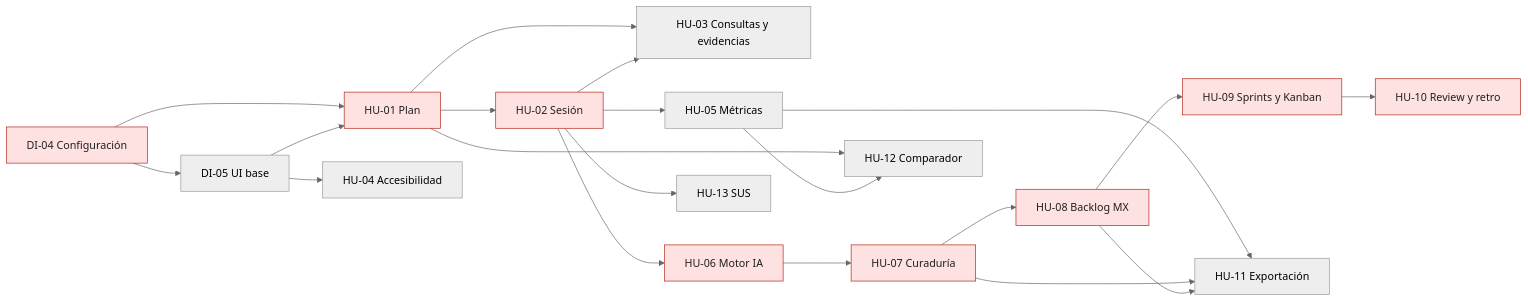
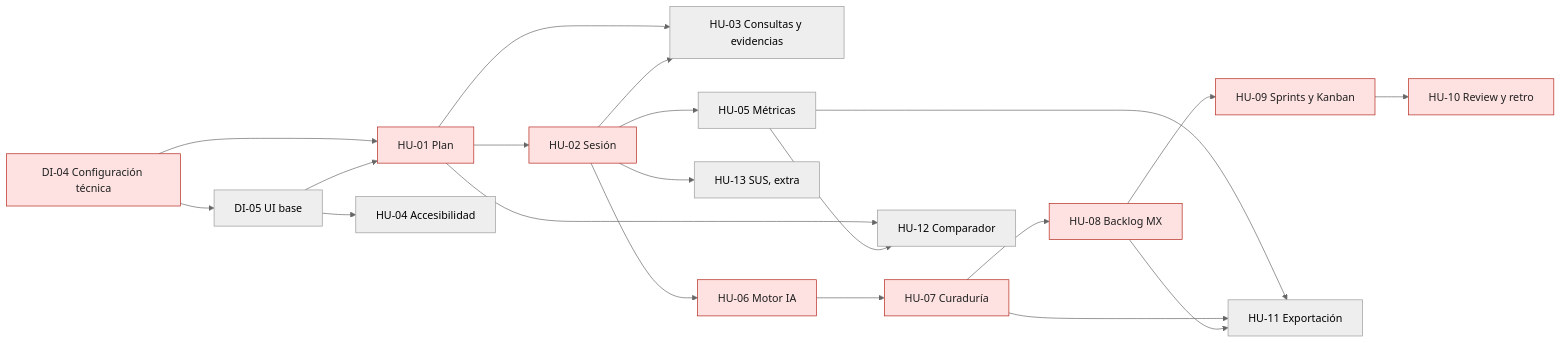
One commit to Jonathan305g/Proyecto_IHC changed the second of 2 diagrams in docs/diagrams/05-cronograma.md. Above: the diagram before and after it, drawn with Mermaid (neutral theme). The commit also changed other lines of this file and 12 other files, not shown here.

````diff
--- a/docs/diagrams/05-cronograma.md
+++ b/docs/diagrams/05-cronograma.md
@@ -46,25 +54,25 @@
 ```mermaid
 flowchart LR
-  DI04[DI-04 Configuración] --> DI05[DI-05 UI base]
+  DI04[DI-04 Configuración técnica] --> DI05[DI-05 UI base]
   DI04 --> HU01[HU-01 Plan]
   DI05 --> HU01
   HU01 --> HU02[HU-02 Sesión]
   HU01 --> HU03[HU-03 Consultas y evidencias]
   HU02 --> HU03
   DI05 --> HU04[HU-04 Accesibilidad]
   HU02 --> HU05[HU-05 Métricas]
+  HU02 --> HU13[HU-13 SUS, extra]
   HU02 --> HU06[HU-06 Motor IA]
-  HU02 --> HU13[HU-13 SUS]
   HU06 --> HU07[HU-07 Curaduría]
   HU07 --> HU08[HU-08 Backlog MX]
   HU08 --> HU09[HU-09 Sprints y Kanban]
   HU09 --> HU10[HU-10 Review y retro]
   HU05 --> HU11[HU-11 Exportación]
   HU07 --> HU11
   HU08 --> HU11
   HU01 --> HU12[HU-12 Comparador]
   HU05 --> HU12
 
   classDef critica fill:#fde2e1,stroke:#b42318,color:#1f1f1f;
   class DI04,HU01,HU02,HU06,HU07,HU08,HU09,HU10 critica;
 ```
````
